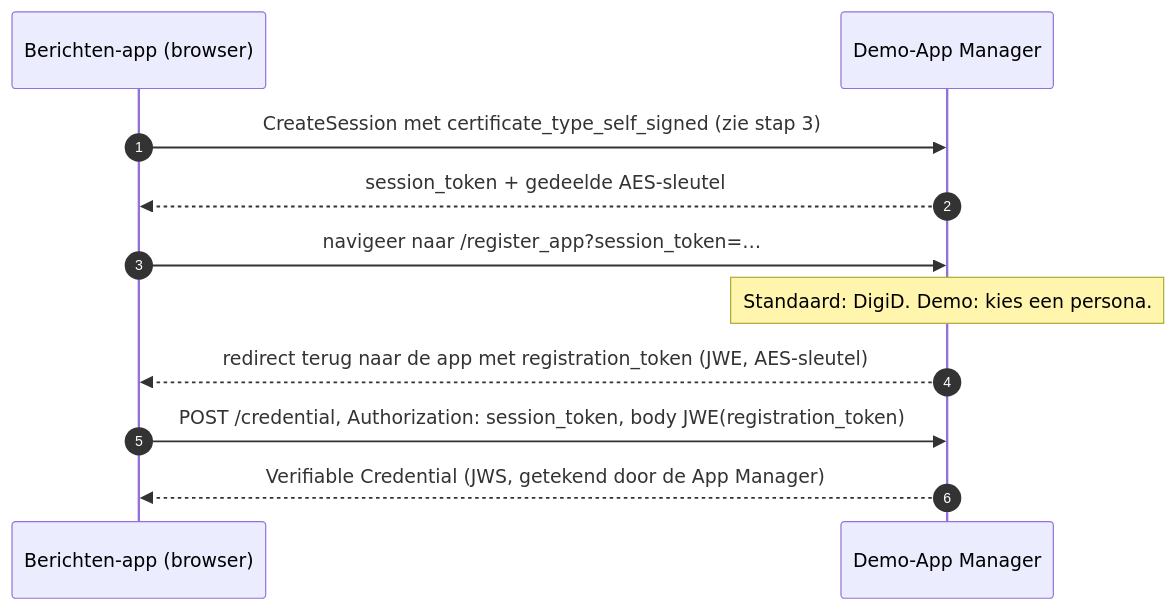
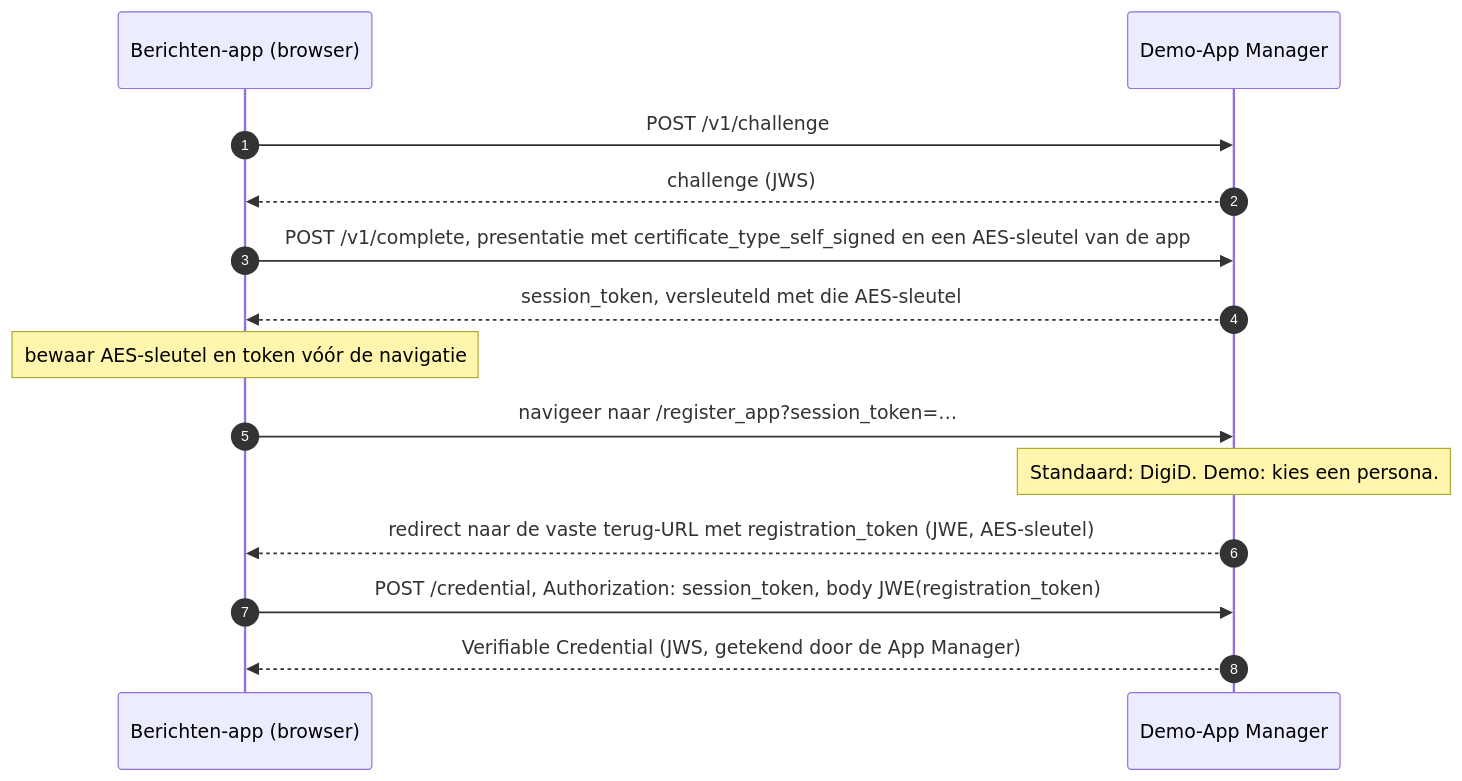
Before and after one commit to MinBZK/moza-poc-fbs-berichtenbox: the first of 3 diagrams in docs/plans/2026-10-27-rechtstreeks-ophalen-design.md, drawn with Mermaid. The commit also changed other lines of this file and 3 other files, not shown here.

````diff
--- a/docs/plans/2026-10-27-rechtstreeks-ophalen-design.md
+++ b/docs/plans/2026-10-27-rechtstreeks-ophalen-design.md
@@ -68,13 +67,16 @@
 ```mermaid
 sequenceDiagram
     autonumber
     participant App as Berichten-app (browser)
     participant AM as Demo-App Manager
-    App->>AM: CreateSession met certificate_type_self_signed (zie stap 3)
-    AM-->>App: session_token + gedeelde AES-sleutel
+    App->>AM: POST /v1/challenge
+    AM-->>App: challenge (JWS)
+    App->>AM: POST /v1/complete, presentatie met certificate_type_self_signed en een AES-sleutel van de app
+    AM-->>App: session_token, versleuteld met die AES-sleutel
+    Note over App: bewaar AES-sleutel en token vóór de navigatie
     App->>AM: navigeer naar /register_app?session_token=…
     Note over AM: Standaard: DigiD. Demo: kies een persona.
-    AM-->>App: redirect terug naar de app met registration_token (JWE, AES-sleutel)
+    AM-->>App: redirect naar de vaste terug-URL met registration_token (JWE, AES-sleutel)
     App->>AM: POST /credential, Authorization: session_token, body JWE(registration_token)
     AM-->>App: Verifiable Credential (JWS, getekend door de App Manager)
 ```
````
